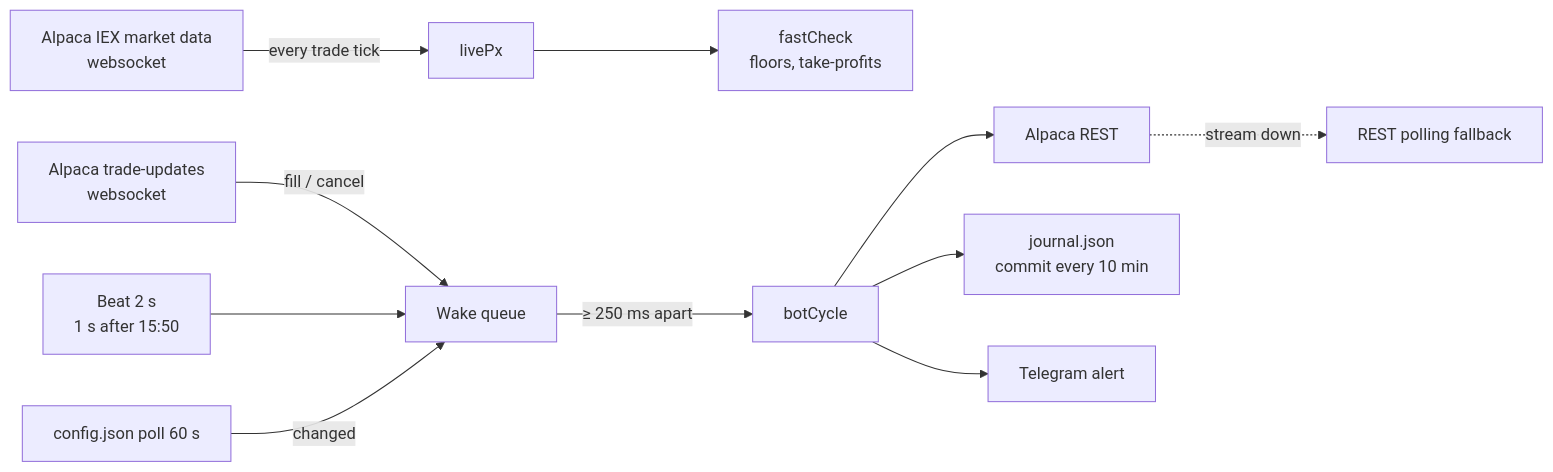
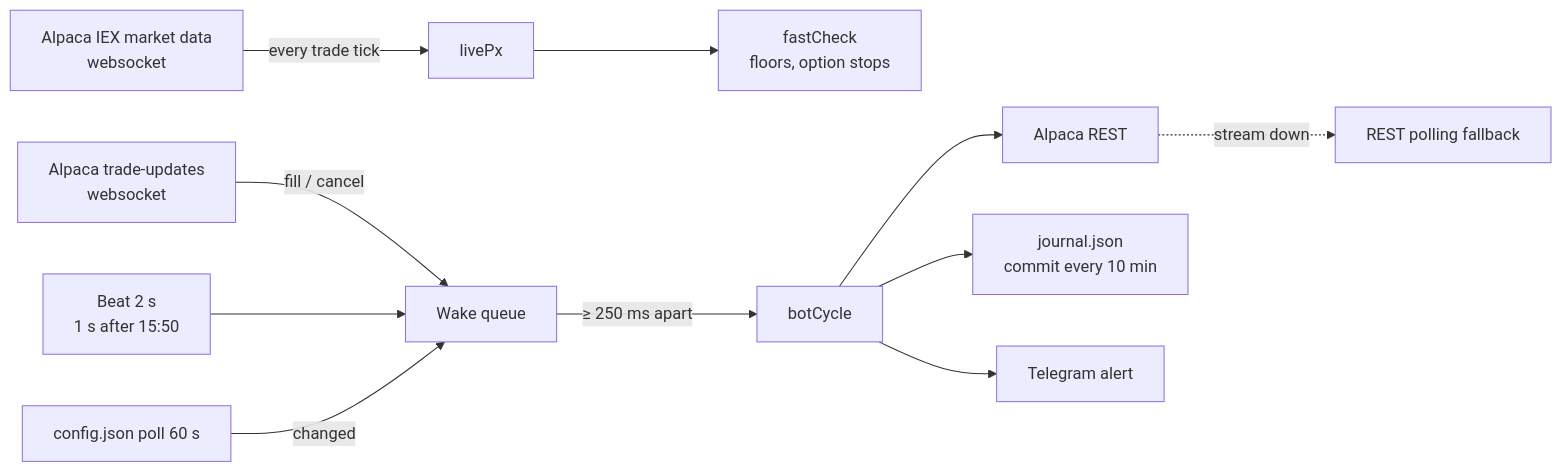
The sixth of 7 diagrams in docs/ARCHITECTURE.md (harimula/signal-desk), drawn with Mermaid before and after one commit. The commit also changed other lines of this file and 15 other files, not shown here.

````diff
--- a/docs/ARCHITECTURE.md
+++ b/docs/ARCHITECTURE.md
@@ -373,12 +376,12 @@
 ```mermaid
 flowchart LR
   TU[Alpaca trade-updates<br/>websocket] -->|fill / cancel| Q[Wake queue]
-  MD[Alpaca IEX market data<br/>websocket] -->|every trade tick| PX[livePx] --> FC[fastCheck<br/>floors, take-profits]
+  MD[Alpaca IEX market data<br/>websocket] -->|every trade tick| PX[livePx] --> FC[fastCheck<br/>floors, option stops]
   HB[Beat 2 s<br/>1 s after 15:50] --> Q
   CF[config.json poll 60 s] -->|changed| Q
   Q -->|≥ 250 ms apart| CY[botCycle]
   CY --> AL[Alpaca REST]
   CY --> J[journal.json<br/>commit every 10 min]
   CY --> NT[Telegram alert]
   AL -.->|stream down| POLL[REST polling fallback]
 ```
````
